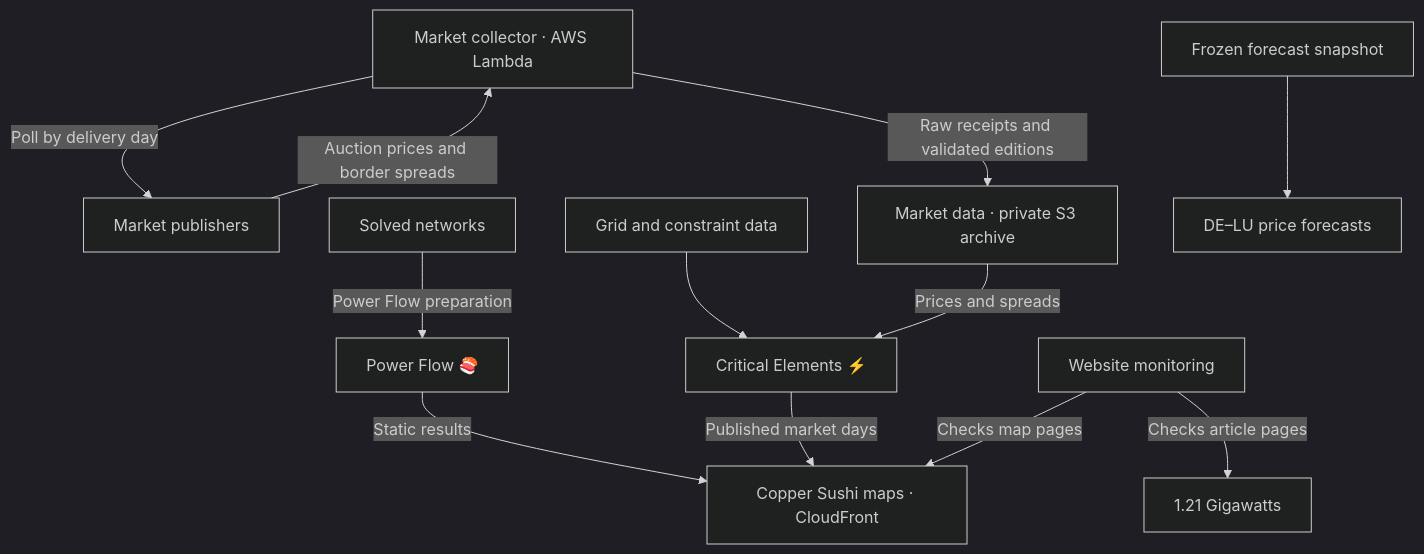
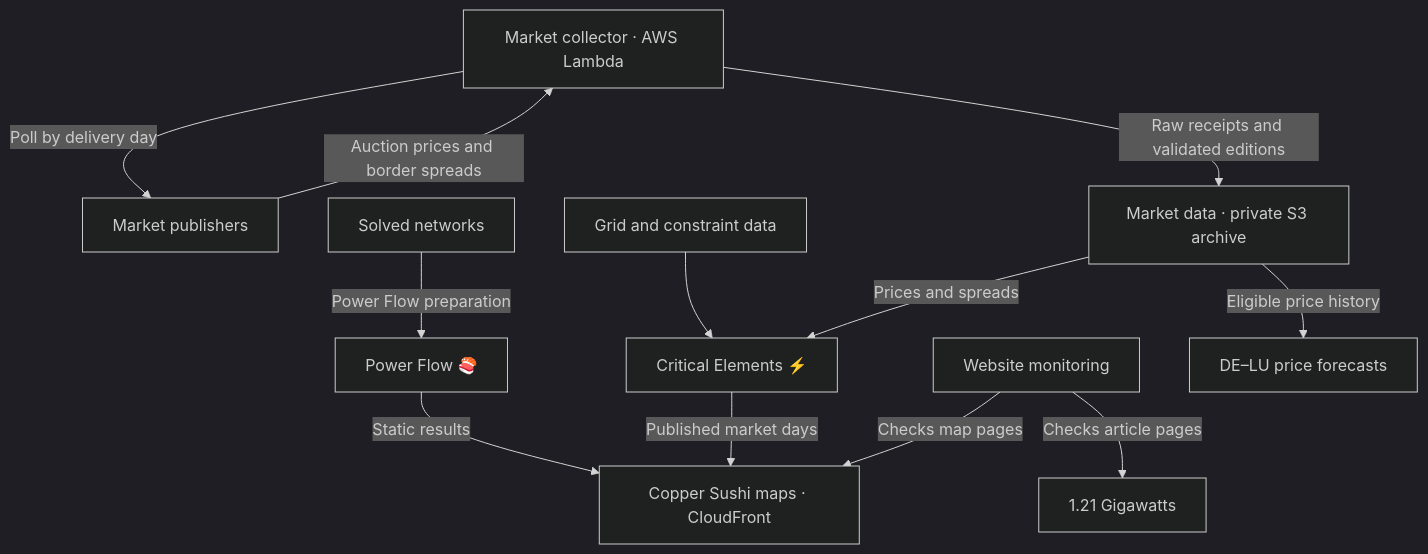
The diagram in README.md (zoltanmaric/coppersushi), drawn with Mermaid (dark theme) before and after one commit. The commit also changed other lines of this file and 17 other files, not shown here.

````diff
--- a/README.md
+++ b/README.md
@@ -46,21 +46,21 @@
 ```mermaid
 flowchart TB
     collector["Market collector · AWS Lambda"] -->|Poll by delivery day| publishers["Market publishers"]
     publishers -->|Auction prices and border spreads| collector
     collector -->|Raw receipts and validated editions| shared["Market data · private S3 archive"]
     grid["Grid and constraint data"] --> critical["Critical Elements ⚡️"]
     networks["Solved networks"] -->|Power Flow preparation| power["Power Flow 🍣"]
     power -->|Static results| maps["Copper Sushi maps · CloudFront"]
     critical -->|Published market days| maps
     monitor["Website monitoring"] -->|Checks map pages| maps
     monitor -->|Checks article pages| blog["1.21 Gigawatts"]
     shared -->|Prices and spreads| critical
-    snapshot["Frozen forecast snapshot"] --> forecast["DE–LU price forecasts"]
+    shared -->|Eligible price history| forecast["DE–LU price forecasts"]
     click shared "https://github.com/zoltanmaric/coppersushi/blob/main/coppersushi/pipelines/market_data/README.md"
     click critical "https://github.com/zoltanmaric/coppersushi/blob/main/coppersushi/pipelines/cnec/README.md"
     click power "https://github.com/zoltanmaric/coppersushi/blob/main/coppersushi/pipelines/powerflow/README.md"
     click monitor "https://github.com/zoltanmaric/coppersushi/blob/main/monitoring/README.md"
     click blog "https://github.com/zoltanmaric/coppersushi/blob/main/121gigawatts/hosting/README.md"
     click forecast "https://github.com/zoltanmaric/coppersushi/blob/main/forecasts/README.md"
     click maps "https://github.com/zoltanmaric/coppersushi/blob/main/coppersushi/frontend/README.md"
 ```
````
